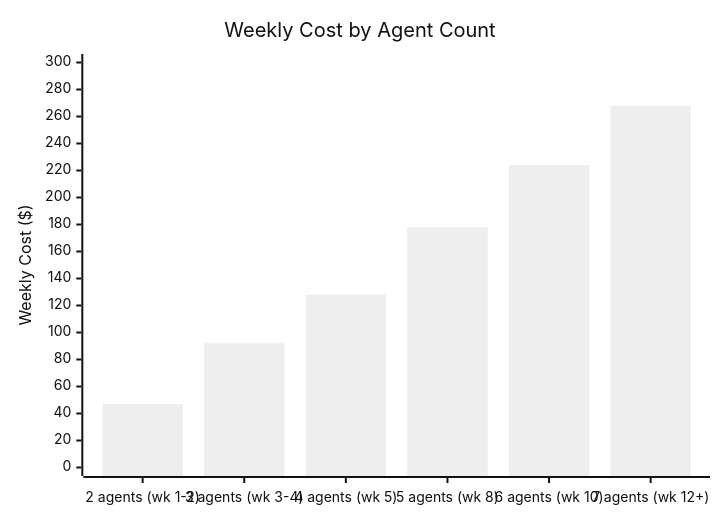
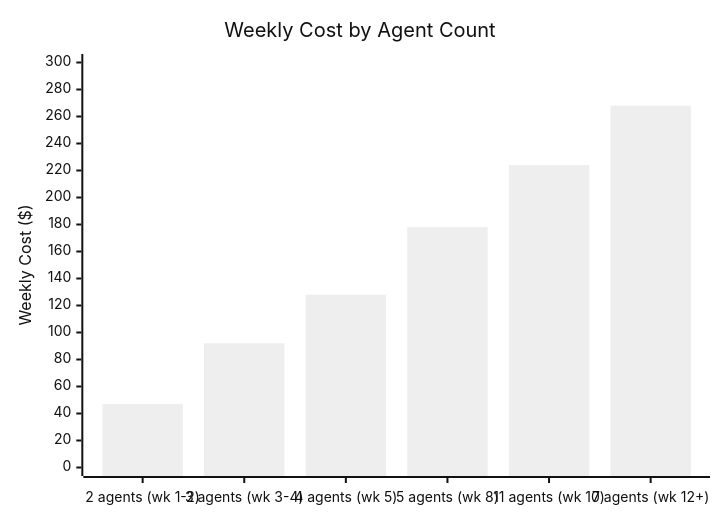
Before and after one commit to GenBrainAI/marketing.blog: the second of 2 diagrams in posts/marketing/cyborgenic-for-startups-playbook.md, drawn with Mermaid (neutral theme). The commit also changed other lines of this file and 49 other files, not shown here.

````diff
--- a/posts/marketing/cyborgenic-for-startups-playbook.md
+++ b/posts/marketing/cyborgenic-for-startups-playbook.md
@@ -95,7 +95,7 @@
 ```mermaid
 xychart-beta
     title "Weekly Cost by Agent Count"
-    x-axis ["2 agents (wk 1-2)", "3 agents (wk 3-4)", "4 agents (wk 5)", "5 agents (wk 8)", "6 agents (wk 10)", "7 agents (wk 12+)"]
+    x-axis ["2 agents (wk 1-2)", "3 agents (wk 3-4)", "4 agents (wk 5)", "5 agents (wk 8)", "11 agents (wk 10)", "7 agents (wk 12+)"]
     y-axis "Weekly Cost ($)" 0 --> 300
     bar [47, 92, 128, 178, 224, 268]
 ```
````
